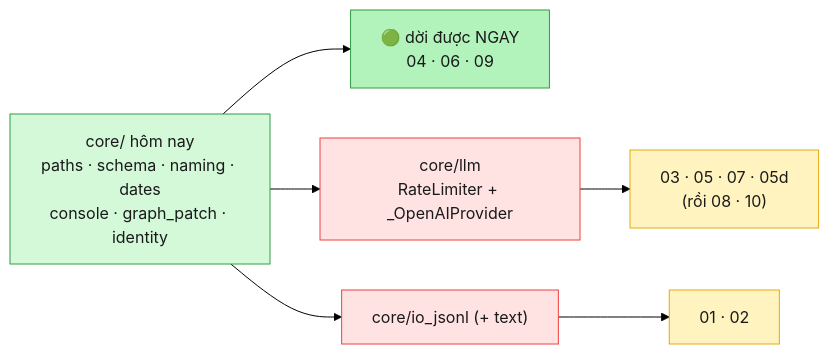
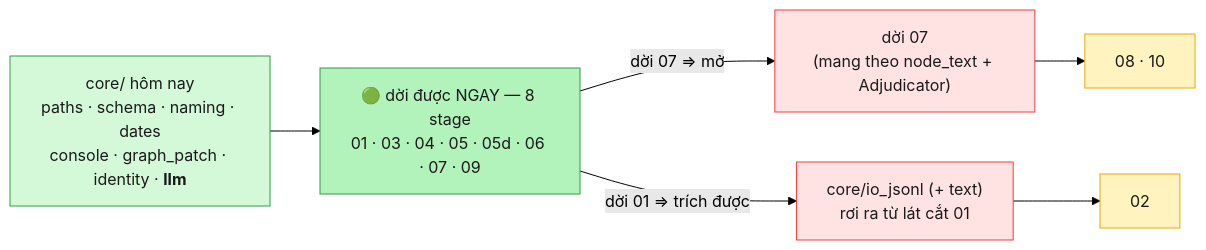
Before and after one commit to TranBaDat2607/capstone_test1: the second of 4 diagrams in src_module/PIPELINE.md, drawn with Mermaid (forest theme). The commit also changed other lines of this file and 2 other files, not shown here.

First line of the commit message:
docs: record core/llm.py; fix the step01 and Gemini-provider claims

````diff
--- a/src_module/PIPELINE.md
+++ b/src_module/PIPELINE.md
@@ -158,18 +163,18 @@
 ```mermaid
 flowchart LR
     classDef done fill:#d3f9d8,stroke:#2f9e44,color:#1a1a1a
     classDef ready fill:#b2f2bb,stroke:#2f9e44,color:#1a1a1a
     classDef key  fill:#ffe3e3,stroke:#f03e3e,color:#1a1a1a
     classDef pend fill:#fff3bf,stroke:#e8a90c,color:#1a1a1a
 
-    CORE["core/ hôm nay<br/>paths · schema · naming · dates<br/>console · graph_patch · identity"]:::done
-    READY["🟢 dời được NGAY<br/>04 · 06 · 09"]:::ready
-    LLM["core/llm<br/>RateLimiter + _OpenAIProvider"]:::key
-    IOJ["core/io_jsonl (+ text)"]:::key
-    U1["03 · 05 · 07 · 05d<br/>(rồi 08 · 10)"]:::pend
-    U3["01 · 02"]:::pend
+    CORE["core/ hôm nay<br/>paths · schema · naming · dates<br/>console · graph_patch · identity · <b>llm</b>"]:::done
+    READY["🟢 dời được NGAY — 8 stage<br/>01 · 03 · 04 · 05 · 05d · 06 · 07 · 09"]:::ready
+    S07M["dời 07<br/>(mang theo node_text + Adjudicator)"]:::key
+    IOJ["core/io_jsonl (+ text)<br/>rơi ra từ lát cắt 01"]:::key
+    U1["08 · 10"]:::pend
+    U3["02"]:::pend
 
     CORE --> READY
-    CORE --> LLM --> U1
-    CORE --> IOJ --> U3
+    READY -->|"dời 07 ⇒ mở"| S07M --> U1
+    READY -->|"dời 01 ⇒ trích được"| IOJ --> U3
 ```
````
